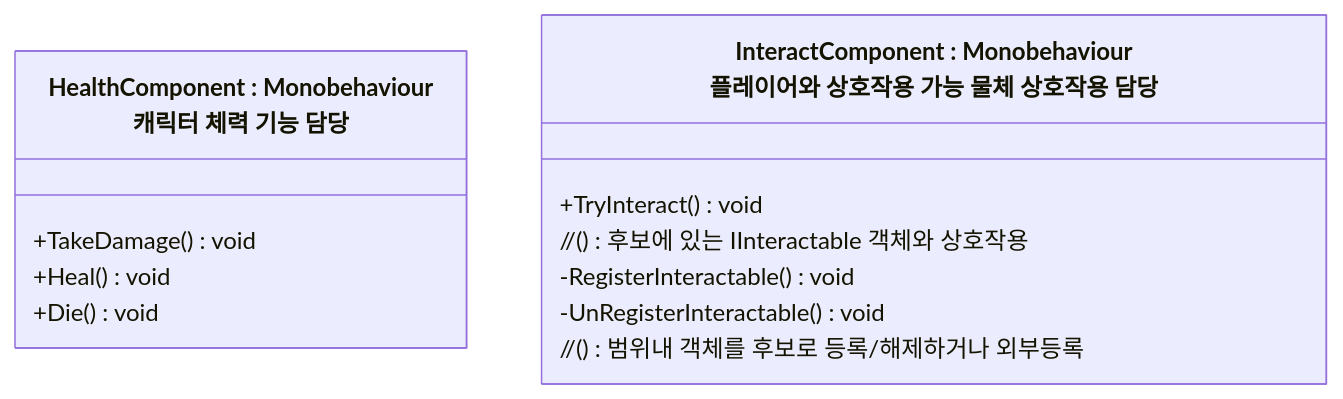
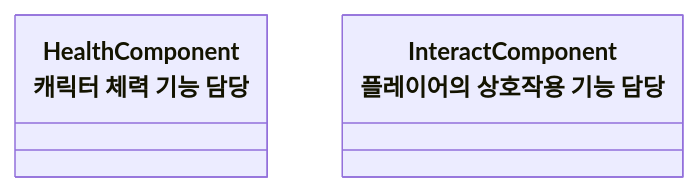
One commit to JIN5EOK/DungeonShooter changed the third of 6 diagrams in README/Entity_설계.md. Above: the diagram before and after it, drawn with Mermaid. The commit also changed other lines of this file and 3 other files, not shown here.

````diff
--- a/README/Entity_설계.md
+++ b/README/Entity_설계.md
@@ -41,15 +32,5 @@
 ```mermaid
 classDiagram
-    class HealthComponent["HealthComponent : Monobehaviour<br>캐릭터 체력 기능 담당"]{
-        +TakeDamage() void
-        +Heal() void
-        +Die() void
-    }
-    class InteractComponent["InteractComponent : Monobehaviour<br>플레이어와 상호작용 가능 물체 상호작용 담당"]{
-        +TryInteract() void 
-        // () 후보에 있는 IInteractable 객체와 상호작용
-        -RegisterInteractable() void
-        -UnRegisterInteractable() void
-        // () 범위내 객체를 후보로 등록/해제하거나 외부등록
-    }
+    class HealthComponent["HealthComponent<br>캐릭터 체력 기능 담당"]{ }
+    class InteractComponent["InteractComponent<br>플레이어의 상호작용 기능 담당"]{ }
 ```
````
